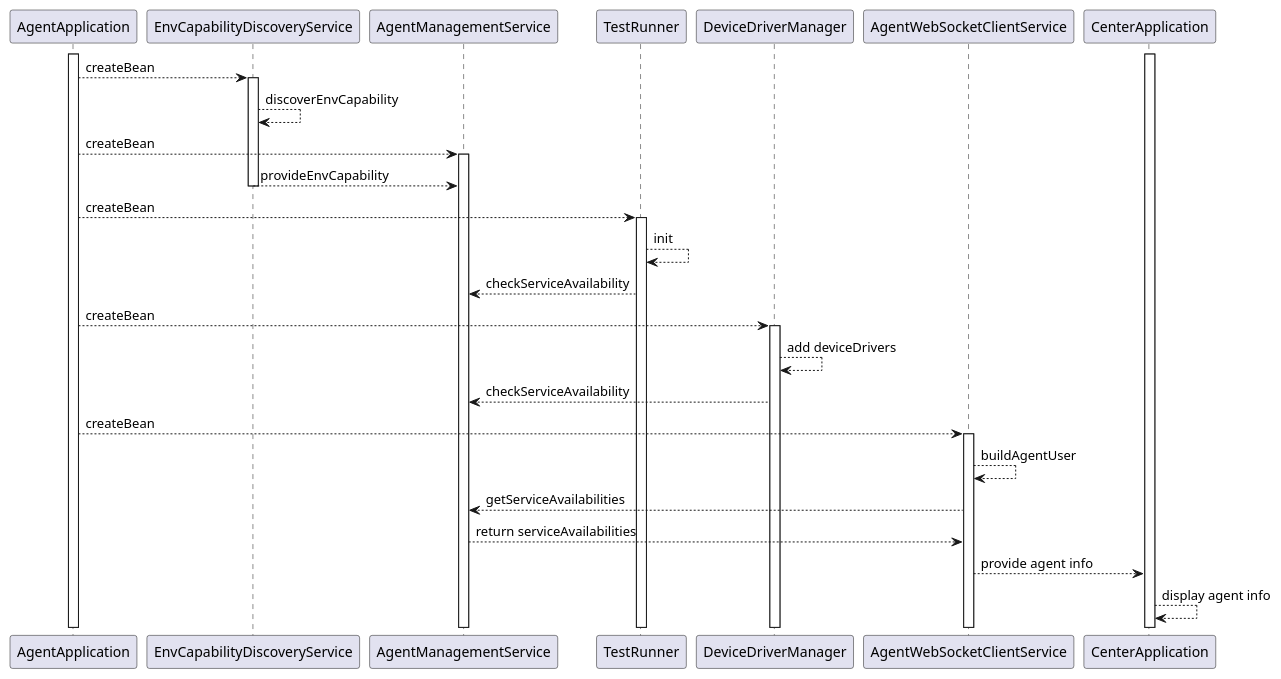
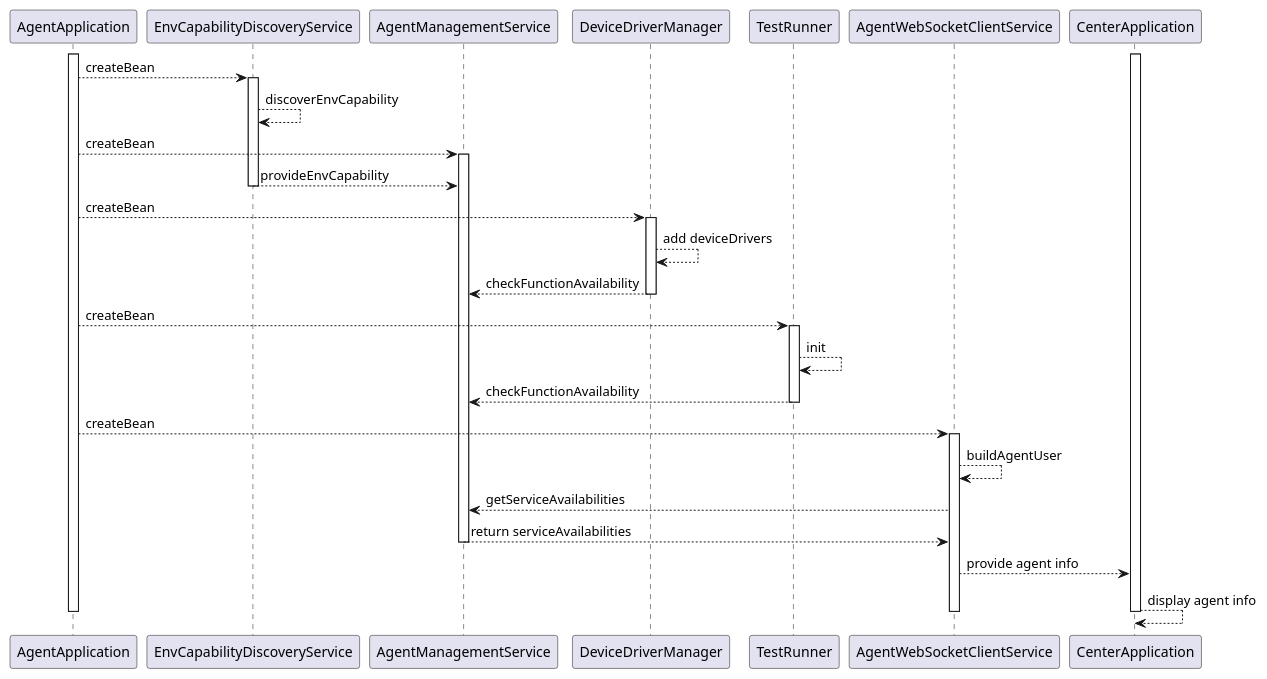
Before and after one commit to microsoft/HydraLab: the fourth of 4 diagrams in agent/doc/UML/agent_device_management_design.puml, drawn with PlantUML. The commit also changed other lines of this file and 2 other files, not shown here.

Commit message:
update uml

```diff
--- a/agent/doc/UML/agent_device_management_design.puml
+++ b/agent/doc/UML/agent_device_management_design.puml
@@ -203,35 +203,40 @@
 @startuml agent_capability_design_sequence
 participant AgentApplication
 participant EnvCapabilityDiscoveryService
 participant AgentManagementService
+participant DeviceDriverManager
 participant TestRunner
-participant DeviceDriverManager
 participant AgentWebSocketClientService
 participant CenterApplication
 
 activate AgentApplication
 activate CenterApplication
 AgentApplication --> EnvCapabilityDiscoveryService : createBean
 activate EnvCapabilityDiscoveryService
 EnvCapabilityDiscoveryService --> EnvCapabilityDiscoveryService : discoverEnvCapability
 AgentApplication --> AgentManagementService : createBean
 activate AgentManagementService
 EnvCapabilityDiscoveryService --> AgentManagementService : provideEnvCapability
 deactivate EnvCapabilityDiscoveryService
+AgentApplication --> DeviceDriverManager : createBean
+activate DeviceDriverManager
+DeviceDriverManager --> DeviceDriverManager : add deviceDrivers
+DeviceDriverManager --> AgentManagementService : checkFunctionAvailability
+deactivate DeviceDriverManager
 AgentApplication --> TestRunner : createBean
 activate TestRunner
 TestRunner --> TestRunner : init
-TestRunner --> AgentManagementService : checkServiceAvailability
-AgentApplication --> DeviceDriverManager : createBean
-activate DeviceDriverManager
-DeviceDriverManager --> DeviceDriverManager : add deviceDrivers
-DeviceDriverManager --> AgentManagementService : checkServiceAvailability
+TestRunner --> AgentManagementService : checkFunctionAvailability
+deactivate TestRunner
 AgentApplication --> AgentWebSocketClientService : createBean
 activate AgentWebSocketClientService
 AgentWebSocketClientService --> AgentWebSocketClientService : buildAgentUser
 AgentWebSocketClientService --> AgentManagementService : getServiceAvailabilities
 AgentManagementService --> AgentWebSocketClientService : return serviceAvailabilities
+deactivate AgentManagementService
 AgentWebSocketClientService --> CenterApplication : provide agent info
 CenterApplication --> CenterApplication : display agent info
-
+deactivate CenterApplication
+deactivate AgentWebSocketClientService
+deactivate AgentApplication
 @enduml
```
